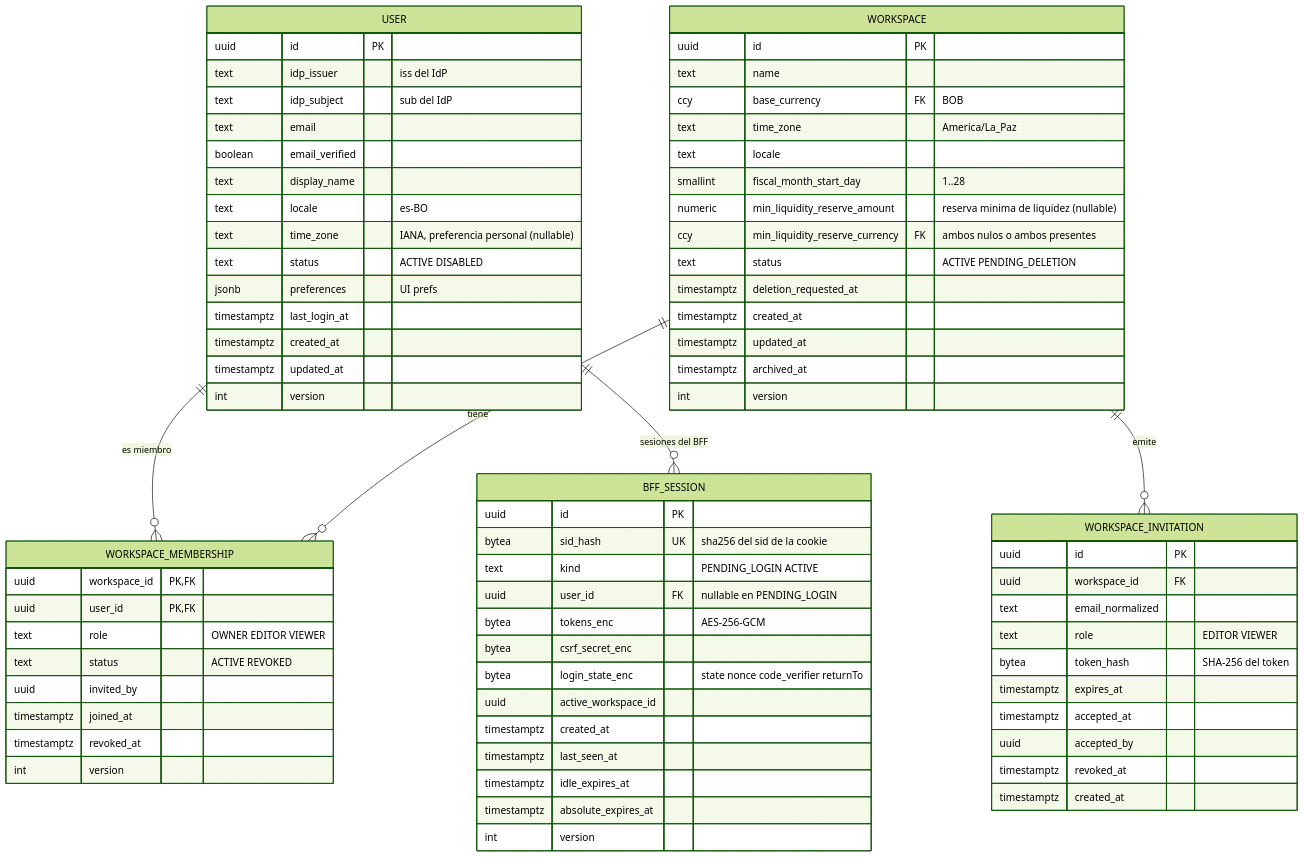
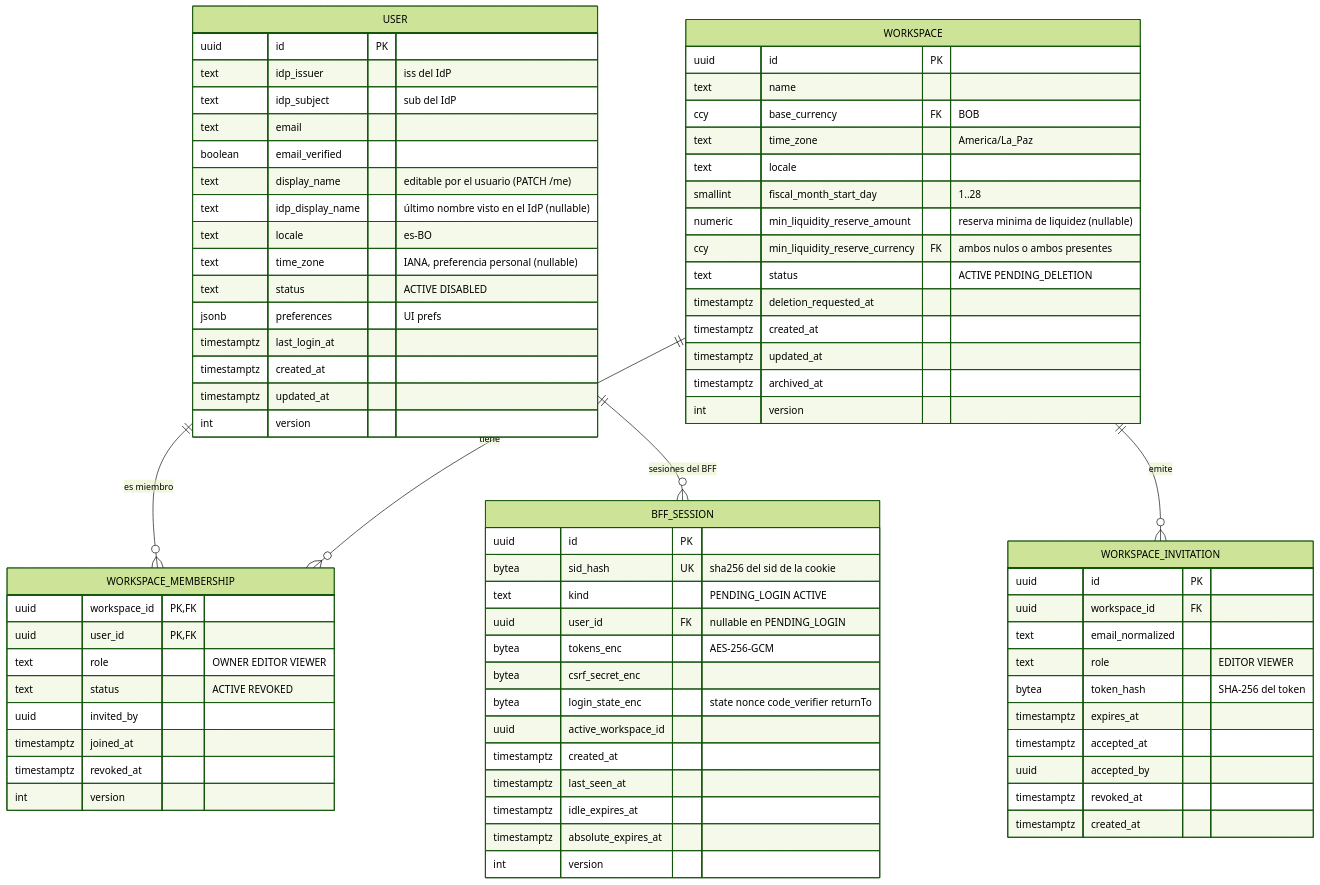
The third of 21 diagrams in docs/08-data-model.md (manuXD270516/personal-finances), drawn with Mermaid (forest theme) before and after one commit. The commit also changed other lines of this file and 147 other files, not shown here.

````diff
--- a/docs/08-data-model.md
+++ b/docs/08-data-model.md
@@ -191,76 +191,77 @@
 ```mermaid
 erDiagram
   USER ||--o{ WORKSPACE_MEMBERSHIP : "es miembro"
   WORKSPACE ||--o{ WORKSPACE_MEMBERSHIP : "tiene"
   WORKSPACE ||--o{ WORKSPACE_INVITATION : "emite"
   USER ||--o{ BFF_SESSION : "sesiones del BFF"
   USER {
     uuid id PK
     text idp_issuer "iss del IdP"
     text idp_subject "sub del IdP"
     text email
     boolean email_verified
-    text display_name
+    text display_name "editable por el usuario (PATCH /me)"
+    text idp_display_name "último nombre visto en el IdP (nullable)"
     text locale "es-BO"
     text time_zone "IANA, preferencia personal (nullable)"
     text status "ACTIVE DISABLED"
     jsonb preferences "UI prefs"
     timestamptz last_login_at
     timestamptz created_at
     timestamptz updated_at
     int version
   }
   WORKSPACE {
     uuid id PK
     text name
     ccy base_currency FK "BOB"
     text time_zone "America/La_Paz"
     text locale
     smallint fiscal_month_start_day "1..28"
     numeric min_liquidity_reserve_amount "reserva minima de liquidez (nullable)"
     ccy min_liquidity_reserve_currency FK "ambos nulos o ambos presentes"
     text status "ACTIVE PENDING_DELETION"
     timestamptz deletion_requested_at
     timestamptz created_at
     timestamptz updated_at
     timestamptz archived_at
     int version
   }
   WORKSPACE_MEMBERSHIP {
     uuid workspace_id PK, FK
     uuid user_id PK, FK
     text role "OWNER EDITOR VIEWER"
     text status "ACTIVE REVOKED"
     uuid invited_by
     timestamptz joined_at
     timestamptz revoked_at
     int version
   }
   WORKSPACE_INVITATION {
     uuid id PK
     uuid workspace_id FK
     text email_normalized
     text role "EDITOR VIEWER"
     bytea token_hash "SHA-256 del token"
     timestamptz expires_at
     timestamptz accepted_at
     uuid accepted_by
     timestamptz revoked_at
     timestamptz created_at
   }
   BFF_SESSION {
     uuid id PK
     bytea sid_hash UK "sha256 del sid de la cookie"
     text kind "PENDING_LOGIN ACTIVE"
     uuid user_id FK "nullable en PENDING_LOGIN"
     bytea tokens_enc "AES-256-GCM"
     bytea csrf_secret_enc
     bytea login_state_enc "state nonce code_verifier returnTo"
     uuid active_workspace_id
     timestamptz created_at
     timestamptz last_seen_at
     timestamptz idle_expires_at
     timestamptz absolute_expires_at
     int version
   }
 ```
````
